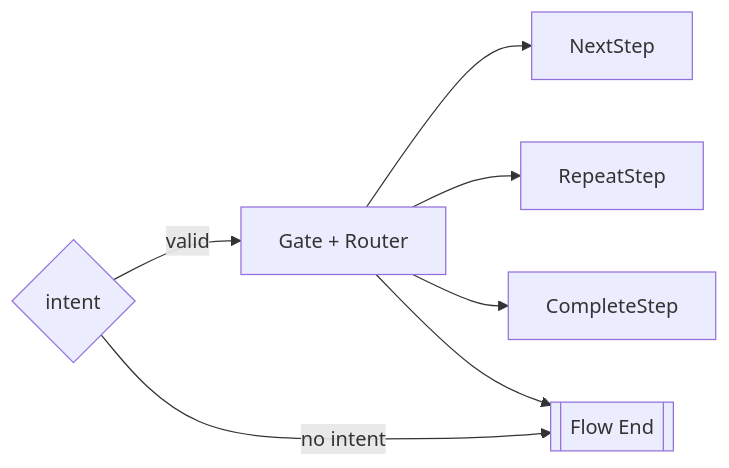
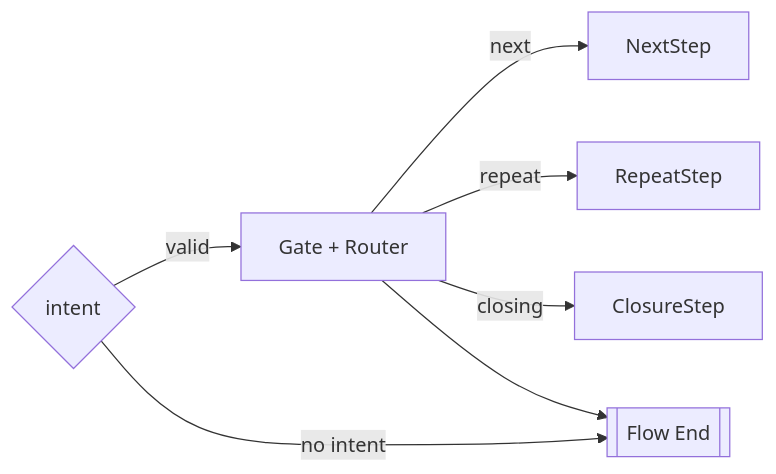
Before and after one commit to tettuan/climpt: the tenth of 11 diagrams in agents/docs/design/08_step_flow_design.md, drawn with Mermaid. The commit also changed other lines of this file, not shown here.

First line of the commit message:
docs(agents): rename complete to closure terminology in step flow design

````diff
--- a/agents/docs/design/08_step_flow_design.md
+++ b/agents/docs/design/08_step_flow_design.md
@@ -167,10 +195,10 @@
 ```mermaid
 flowchart LR
   Decide{intent} -->|valid| Gate[Gate + Router]
-  Gate --> NextStep
-  Gate --> RepeatStep
-  Gate --> CompleteStep
+  Gate -->|next| NextStep
+  Gate -->|repeat| RepeatStep
+  Gate -->|closing| ClosureStep
   Gate --> Abort[[Flow End]]
 
   Decide -->|no intent| Abort
 ```
````
